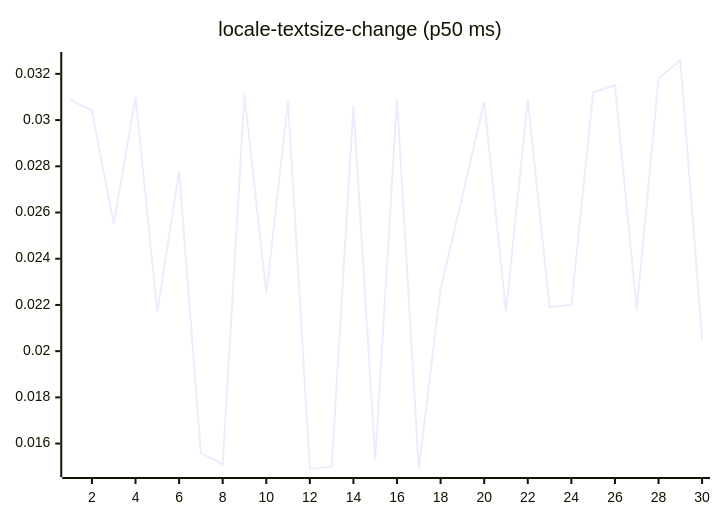
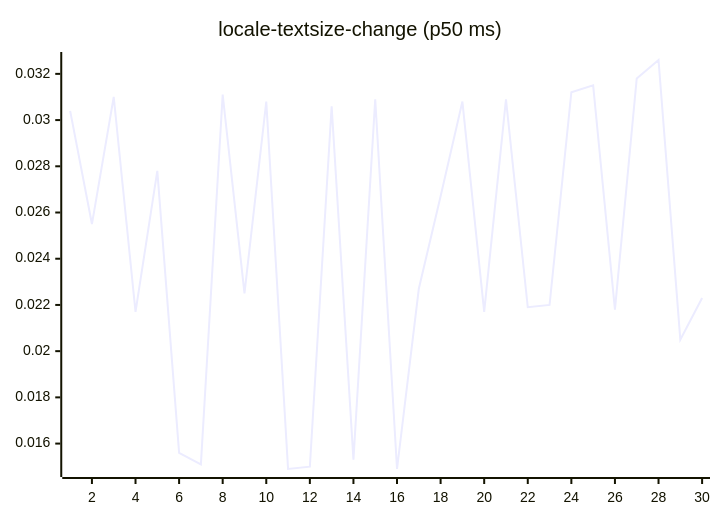
Diagram 13 of 27 in README.md (josha/Facet), drawn with Mermaid before and after one commit. The commit also changed other lines of this file and 2 other files, not shown here.

````diff
--- a/README.md
+++ b/README.md
@@ -147,6 +147,6 @@
 ```mermaid
 xychart-beta
     title "locale-textsize-change (p50 ms)"
     x-axis 1 --> 30
-    line [0.0309, 0.0304, 0.0255, 0.0310, 0.0217, 0.0278, 0.0156, 0.0151, 0.0311, 0.0225, 0.0308, 0.0149, 0.0150, 0.0306, 0.0153, 0.0309, 0.0149, 0.0227, 0.0267, 0.0308, 0.0217, 0.0309, 0.0219, 0.0220, 0.0312, 0.0315, 0.0218, 0.0318, 0.0326, 0.0205]
+    line [0.0304, 0.0255, 0.0310, 0.0217, 0.0278, 0.0156, 0.0151, 0.0311, 0.0225, 0.0308, 0.0149, 0.0150, 0.0306, 0.0153, 0.0309, 0.0149, 0.0227, 0.0267, 0.0308, 0.0217, 0.0309, 0.0219, 0.0220, 0.0312, 0.0315, 0.0218, 0.0318, 0.0326, 0.0205, 0.0223]
 ```
````
